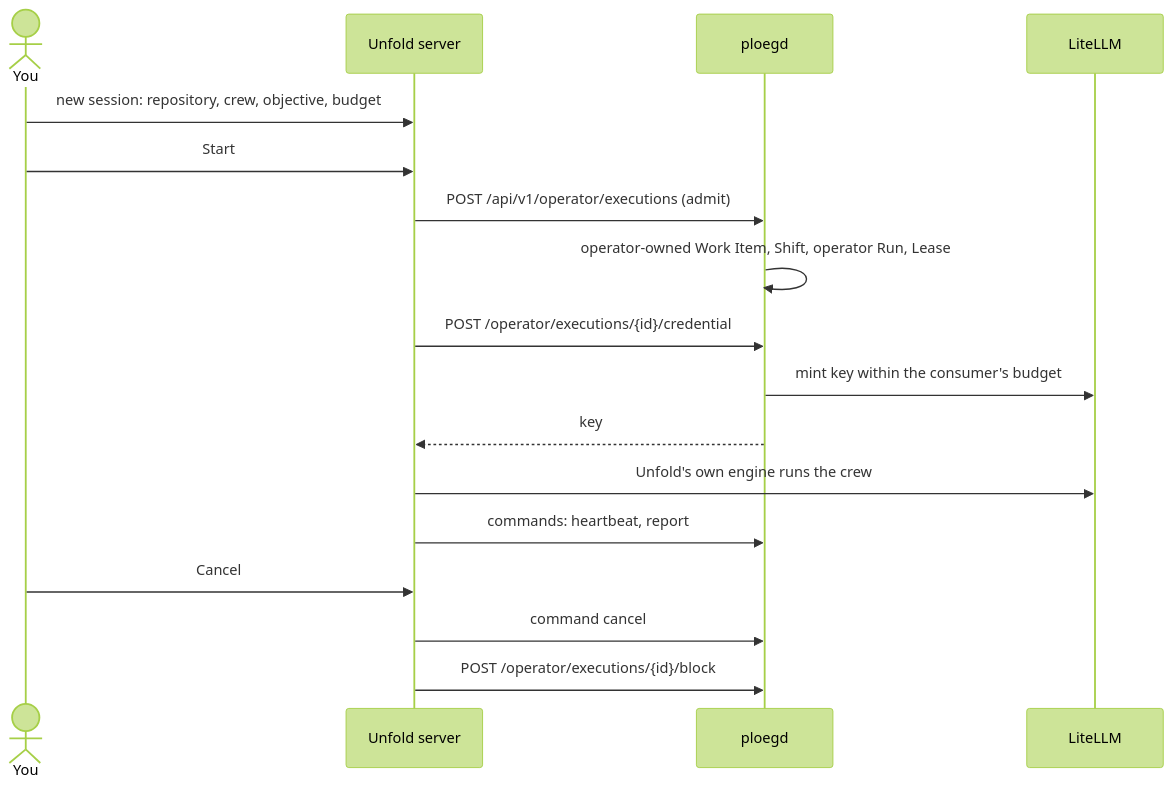
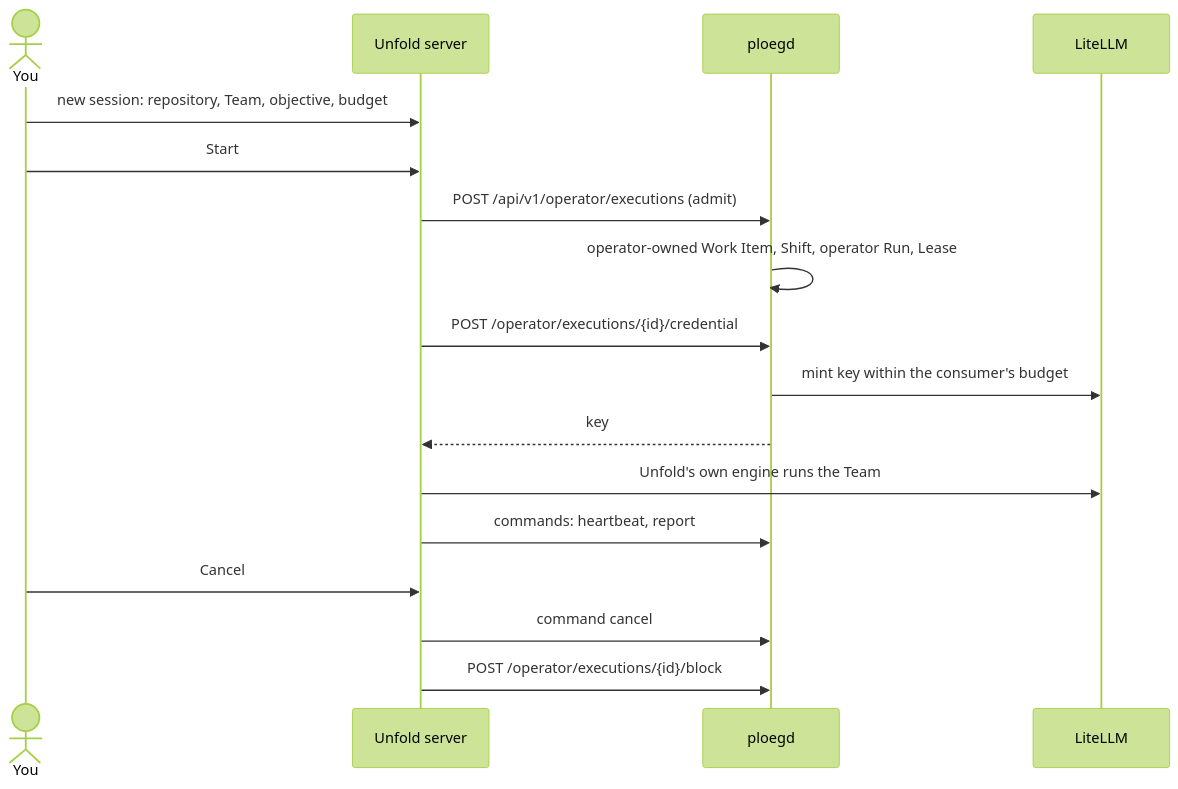
One commit to webgrip/unfold changed the third of 5 diagrams in docs/concepts/journeys.md. Above: the diagram before and after it, drawn with Mermaid (forest theme). The commit also changed other lines of this file and 35 other files, not shown here.

First line of the commit message:
docs: say Team, held and attempt where the docs said crew and reserved

````diff
--- a/docs/concepts/journeys.md
+++ b/docs/concepts/journeys.md
@@ -104,19 +104,19 @@
 ```mermaid
 sequenceDiagram
     actor You
     participant VS as Unfold server
     participant P as ploegd
     participant LL as LiteLLM
-    You->>VS: new session: repository, crew, objective, budget
+    You->>VS: new session: repository, Team, objective, budget
     You->>VS: Start
     VS->>P: POST /api/v1/operator/executions (admit)
     P->>P: operator-owned Work Item, Shift, operator Run, Lease
     VS->>P: POST /operator/executions/{id}/credential
     P->>LL: mint key within the consumer's budget
     P-->>VS: key
-    VS->>LL: Unfold's own engine runs the crew
+    VS->>LL: Unfold's own engine runs the Team
     VS->>P: commands: heartbeat, report
     You->>VS: Cancel
     VS->>P: command cancel
     VS->>P: POST /operator/executions/{id}/block
 ```
````
